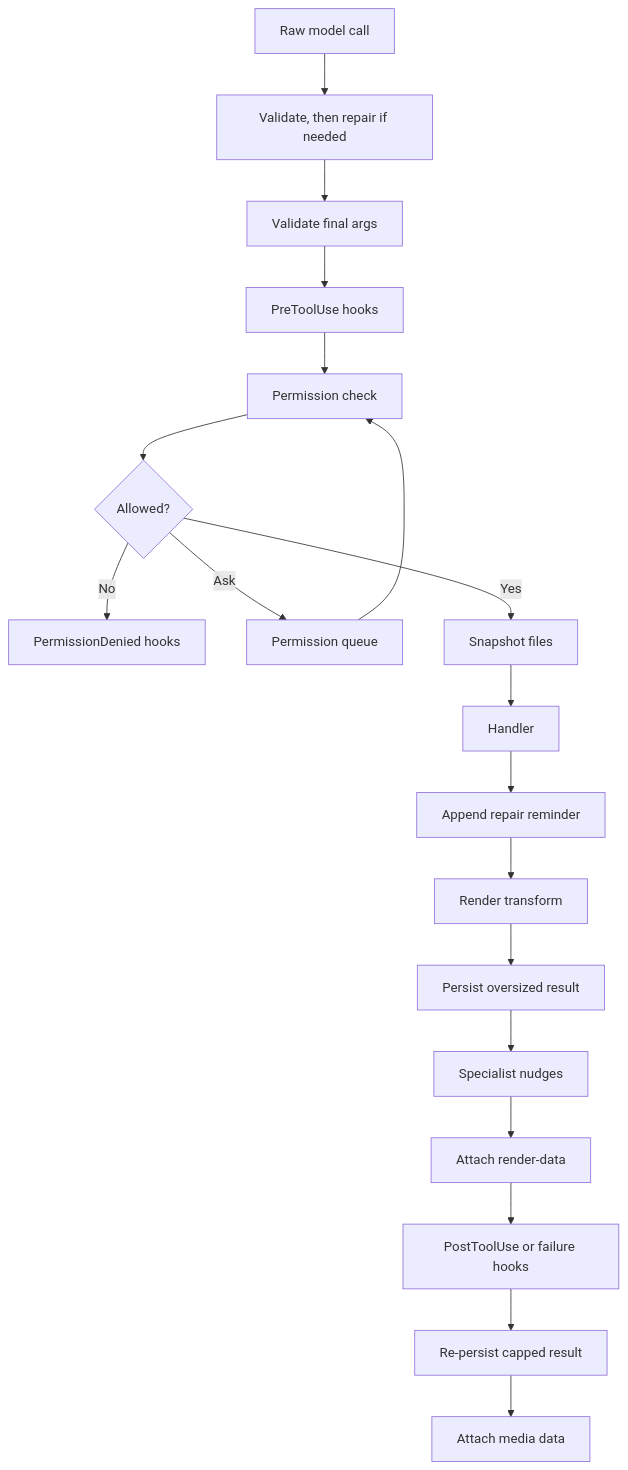
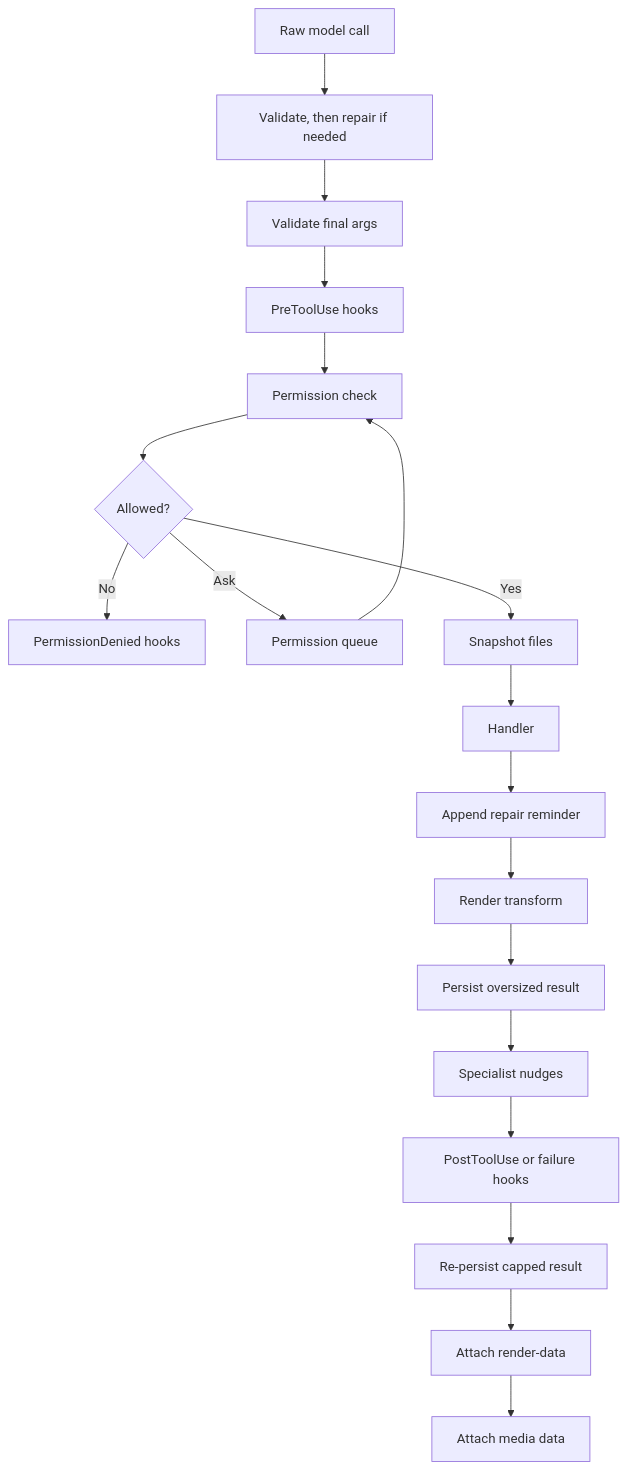
Before and after one commit to FrauH0lle/mevedel: the diagram in docs/tools.md, drawn with Mermaid. The commit also changed other lines of this file and 6 other files, not shown here.

````diff
--- a/docs/tools.md
+++ b/docs/tools.md
@@ -7,21 +7,21 @@
 ```mermaid
 flowchart TD
     R[Raw model call] --> S[Validate, then repair if needed]
     S --> A[Validate final args]
     A --> B[PreToolUse hooks]
     B --> C[Permission check]
     C --> D{Allowed?}
     D -- No --> E[PermissionDenied hooks]
     D -- Ask --> F[Permission queue]
     F --> C
     D -- Yes --> G[Snapshot files]
     G --> H[Handler]
     H --> I[Append repair reminder]
     I --> J[Render transform]
     J --> K[Persist oversized result]
     K --> L[Specialist nudges]
-    L --> M[Attach render-data]
-    M --> N[PostToolUse or failure hooks]
-    N --> O[Re-persist capped result]
+    L --> M[PostToolUse or failure hooks]
+    M --> N[Re-persist capped result]
+    N --> O[Attach render-data]
     O --> P[Attach media data]
 ```
````
